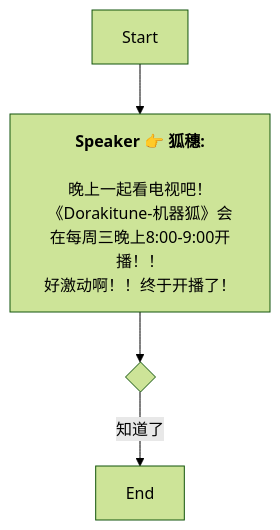
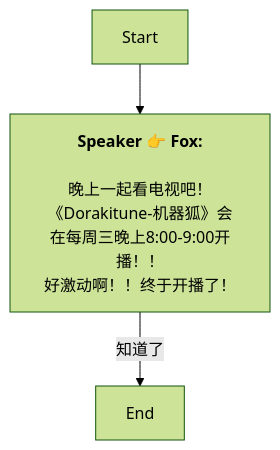
One commit to SoftHu/tos_avg changed the diagram in Zh/QuestStartTalkENode_1751904922671817.md. Above: the diagram before and after it, drawn with Mermaid (forest theme). The commit also changed 737 other files, not shown here.

````diff
--- a/Zh/QuestStartTalkENode_1751904922671817.md
+++ b/Zh/QuestStartTalkENode_1751904922671817.md
@@ -1,11 +1,8 @@
 ```mermaid
 graph
-Start -->1751904956332748[<b>Speaker 👉 狐穗:</b>
+Start -->1751904956332748[<b>Speaker 👉 Fox:</b>
+\n晚上一起看电视吧！
+《Dorakitune-机器狐》会在每周三晚上8:00-9:00开播！！\n好激动啊！！终于开播了！]
+1751904956332748 -->|知道了|1751905106071250[End]
 
-晚上一起看电视吧！
-《Dorakitune-机器狐》会在每周三晚上8:00-9:00开播！！
-好激动啊！！终于开播了！]
-1751904956332748 -->1751905080756941{ }
-1751905080756941 -->|知道了|1751905106071250[End]
-
- ```
+```
````
